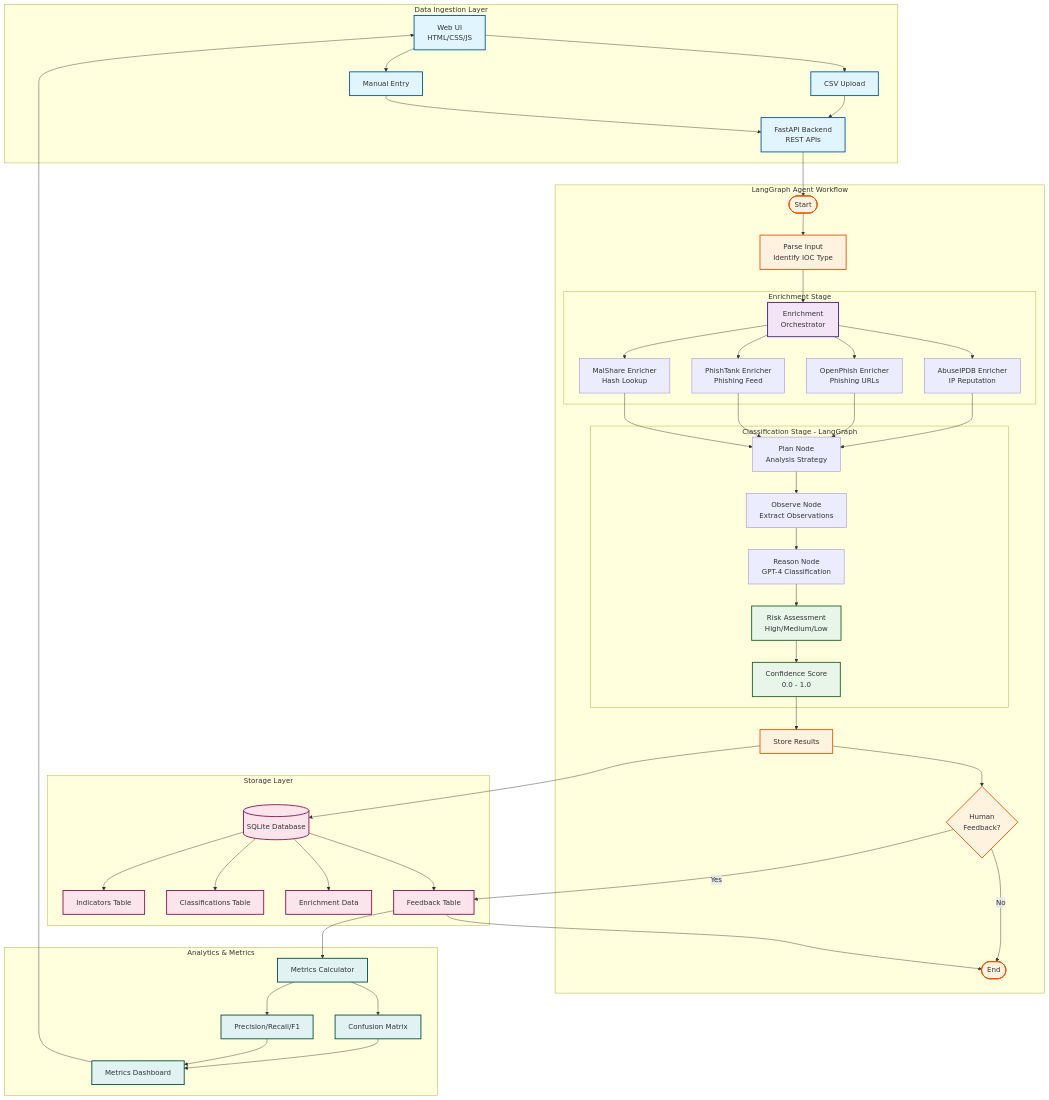
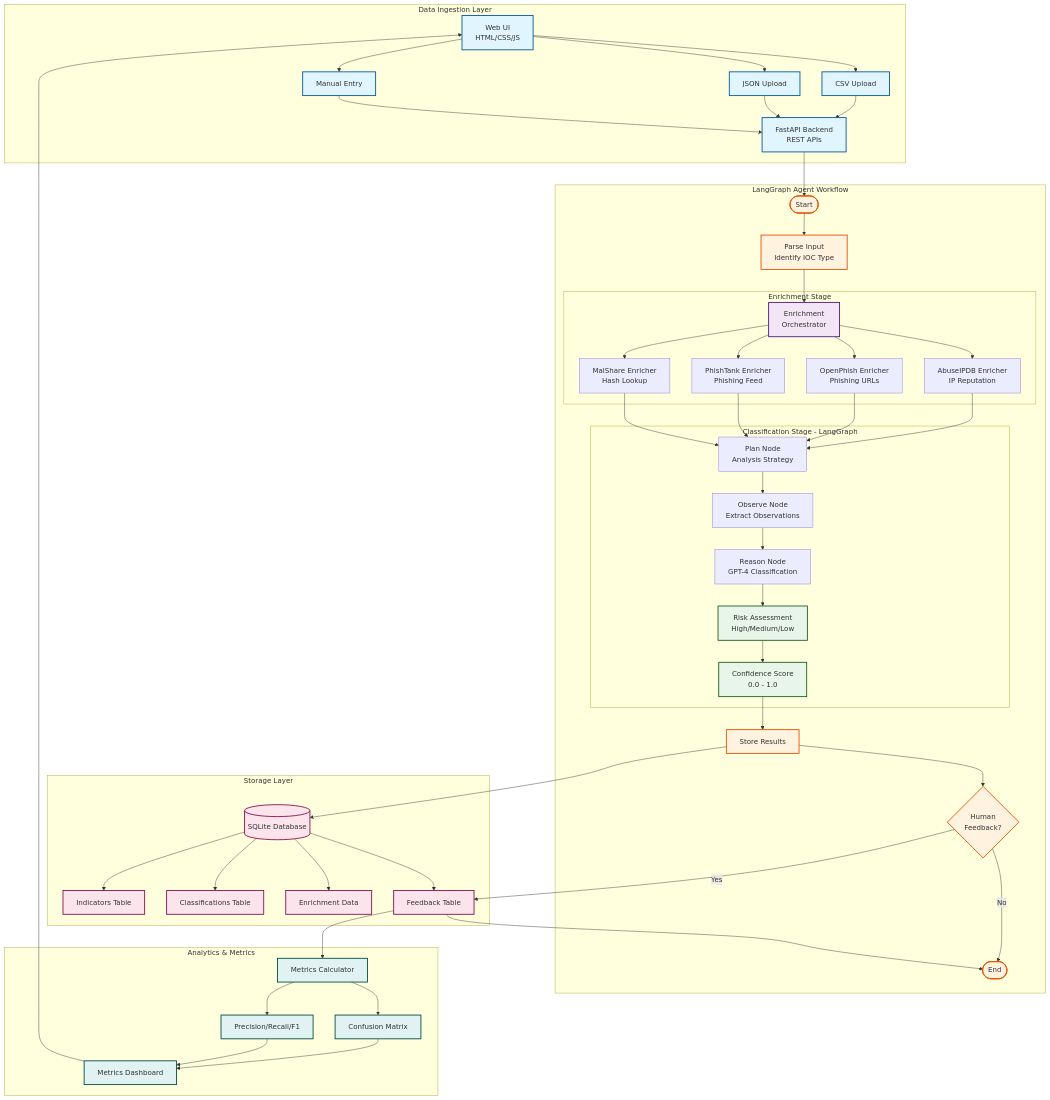
Before and after one commit to travi0764/threat-analysis-agent-new: the first of 3 diagrams in README.md, drawn with Mermaid. The commit also changed other lines of this file, not shown here.

```diff
--- a/README.md
+++ b/README.md
@@ -66,6 +66,7 @@
         UI[Web UI<br/>HTML/CSS/JS]
         API[FastAPI Backend<br/>REST APIs]
         CSV[CSV Upload]
+        JSON_UP[JSON Upload]
         MANUAL[Manual Entry]
     end
 
@@ -111,8 +112,10 @@
 
     %% Data Flow
     UI --> CSV
+    UI --> JSON_UP
     UI --> MANUAL
     CSV --> API
+    JSON_UP --> API
     MANUAL --> API
     API --> START
     
@@ -162,7 +165,7 @@
     classDef storageStyle fill:#fce4ec,stroke:#880e4f,stroke-width:2px
     classDef metricsStyle fill:#e0f2f1,stroke:#004d40,stroke-width:2px
     
-    class UI,API,CSV,MANUAL ingestStyle
+    class UI,API,CSV,JSON_UP,MANUAL ingestStyle
     class START,PARSE,FEEDBACK,STORE,END agentStyle
     class ENRICH_ORCHESTRATOR,WHOIS,IP_REP,HASH,GEO enrichStyle
     class CLASSIFY,RISK,CONFIDENCE classifyStyle
```
